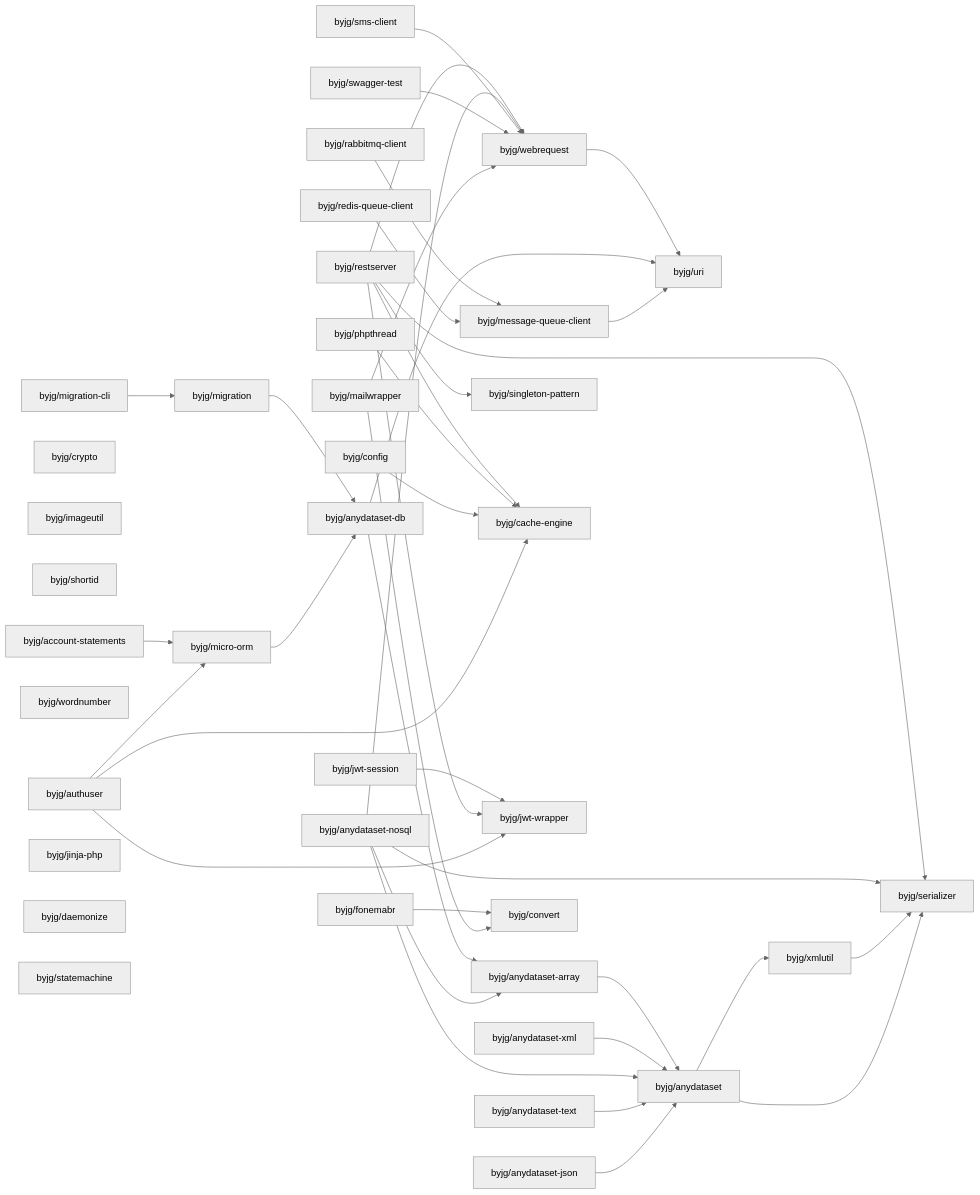
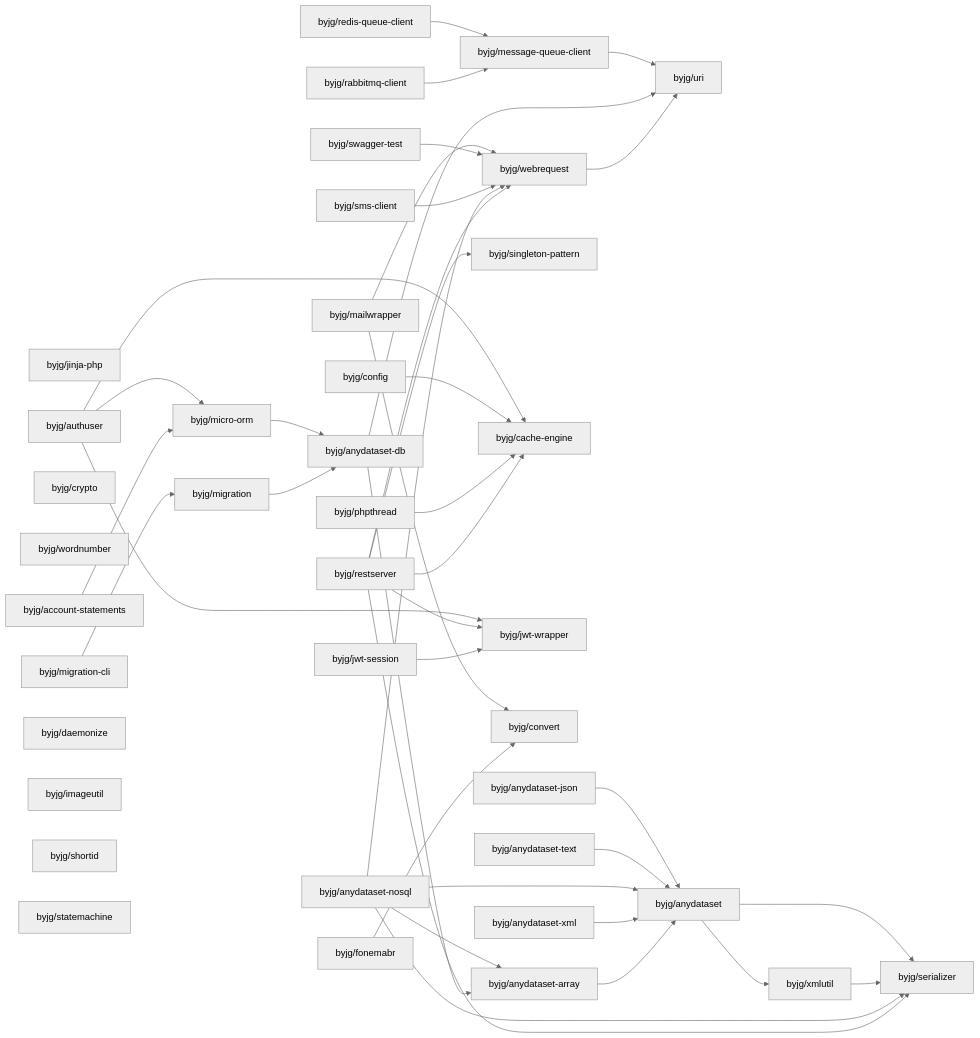
One commit to byjg/byjg.github.io changed the diagram in docs/php/README.md. Above: the diagram before and after it, drawn with Mermaid (neutral theme). The commit also changed other lines of this file, not shown here.

Commit message:
Update documentation 'php' 'php-uri'

````diff
--- a/docs/php/README.md
+++ b/docs/php/README.md
@@ -3,78 +3,78 @@
 ```mermaid
 graph LR;
-  byjg/anydataset-text;
+  byjg/rabbitmq-client;
+  byjg/jinja-php;
+  byjg/authuser;
+  byjg/jwt-session;
+  byjg/phpthread;
+  byjg/swagger-test;
+  byjg/config;
+  byjg/anydataset-json;
+  byjg/crypto;
+  byjg/wordnumber;
   byjg/account-statements;
   byjg/sms-client;
-  byjg/crypto;
-  byjg/rabbitmq-client;
-  byjg/anydataset-json;
+  byjg/migration-cli;
+  byjg/anydataset-text;
+  byjg/daemonize;
+  byjg/restserver;
   byjg/imageutil;
   byjg/shortid;
-  byjg/migration-cli;
-  byjg/wordnumber;
-  byjg/swagger-test;
+  byjg/anydataset-xml;
+  byjg/fonemabr;
   byjg/anydataset-nosql;
-  byjg/config;
+  byjg/mailwrapper;
+  byjg/statemachine;
   byjg/redis-queue-client;
-  byjg/anydataset-xml;
-  byjg/phpthread;
-  byjg/jwt-session;
-  byjg/authuser;
-  byjg/jinja-php;
-  byjg/restserver;
-  byjg/mailwrapper;
-  byjg/daemonize;
-  byjg/statemachine;
-  byjg/fonemabr;
+  byjg/micro-orm;
   byjg/migration;
-  byjg/message-queue-client;
-  byjg/micro-orm;
   byjg/singleton-pattern;
   byjg/cache-engine;
   byjg/jwt-wrapper;
+  byjg/convert;
   byjg/webrequest;
-  byjg/convert;
+  byjg/message-queue-client;
   byjg/anydataset-db;
   byjg/anydataset-array;
   byjg/uri;
   byjg/anydataset;
   byjg/xmlutil;
   byjg/serializer;
   byjg/account-statements --> byjg/micro-orm;
   byjg/fonemabr --> byjg/convert;
   byjg/webrequest --> byjg/uri;
   byjg/anydataset-array --> byjg/anydataset;
   byjg/anydataset-xml --> byjg/anydataset;
   byjg/rabbitmq-client --> byjg/message-queue-client;
   byjg/redis-queue-client --> byjg/message-queue-client;
   byjg/jwt-session --> byjg/jwt-wrapper;
   byjg/anydataset-db --> byjg/anydataset-array;
   byjg/anydataset-db --> byjg/uri;
   byjg/restserver --> byjg/serializer;
   byjg/restserver --> byjg/singleton-pattern;
   byjg/restserver --> byjg/cache-engine;
   byjg/restserver --> byjg/webrequest;
   byjg/restserver --> byjg/jwt-wrapper;
   byjg/migration --> byjg/anydataset-db;
   byjg/anydataset-nosql --> byjg/anydataset;
   byjg/anydataset-nosql --> byjg/anydataset-array;
   byjg/anydataset-nosql --> byjg/serializer;
   byjg/anydataset-nosql --> byjg/webrequest;
   byjg/phpthread --> byjg/cache-engine;
   byjg/sms-client --> byjg/webrequest;
   byjg/swagger-test --> byjg/webrequest;
   byjg/migration-cli --> byjg/migration;
   byjg/config --> byjg/cache-engine;
   byjg/anydataset-text --> byjg/anydataset;
   byjg/micro-orm --> byjg/anydataset-db;
   byjg/authuser --> byjg/micro-orm;
   byjg/authuser --> byjg/cache-engine;
   byjg/authuser --> byjg/jwt-wrapper;
   byjg/anydataset-json --> byjg/anydataset;
   byjg/mailwrapper --> byjg/convert;
   byjg/mailwrapper --> byjg/webrequest;
   byjg/xmlutil --> byjg/serializer;
   byjg/anydataset --> byjg/serializer;
   byjg/anydataset --> byjg/xmlutil;
   byjg/message-queue-client --> byjg/uri;
 ```
````
